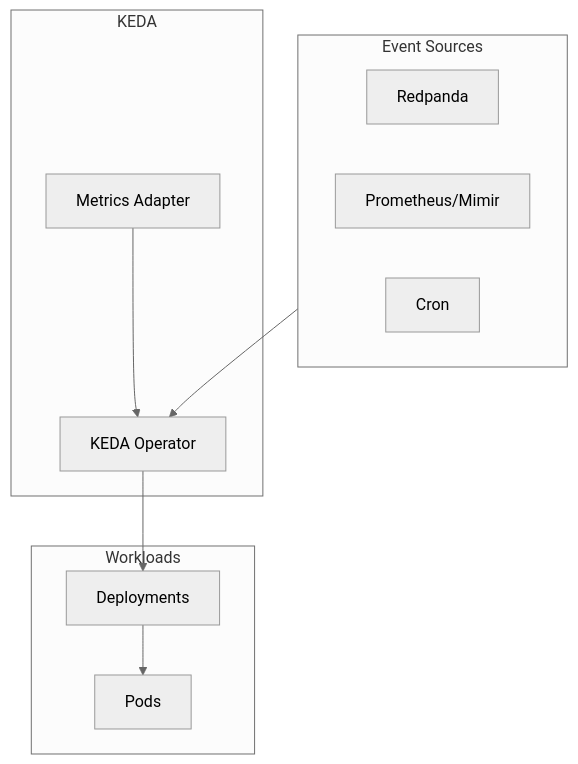
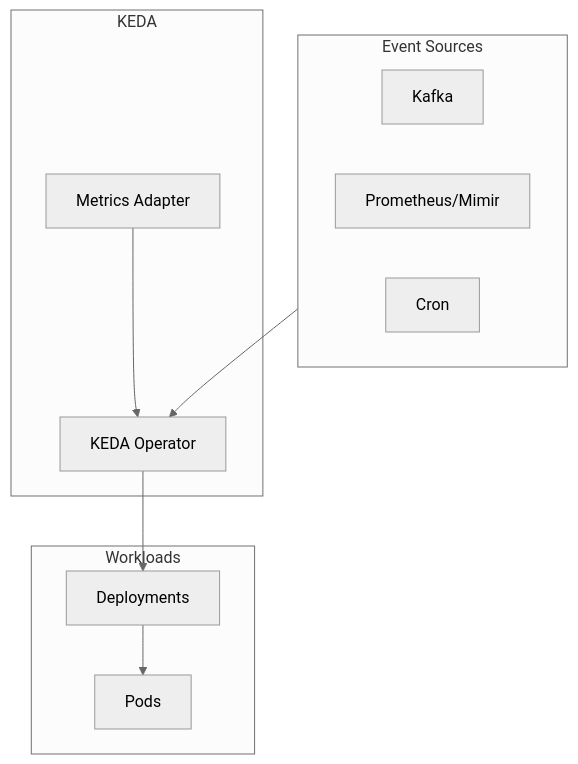
The first of 2 diagrams in platform/keda/README.md (openova-io/openova), drawn with Mermaid (neutral theme) before and after one commit. The commit also changed other lines of this file and 35 other files, not shown here.

````diff
--- a/platform/keda/README.md
+++ b/platform/keda/README.md
@@ -21,23 +21,23 @@
 ```mermaid
 flowchart TB
     subgraph KEDA["KEDA"]
         Operator[KEDA Operator]
         Metrics[Metrics Adapter]
     end
 
     subgraph Sources["Event Sources"]
-        Redpanda[Redpanda]
+        Kafka[Kafka]
         Prometheus[Prometheus/Mimir]
         Cron[Cron]
     end
 
     subgraph Workloads["Workloads"]
         Deploy[Deployments]
         Pods[Pods]
     end
 
     Sources --> Operator
     Operator --> Deploy
     Deploy --> Pods
     Metrics --> Operator
 ```
````
